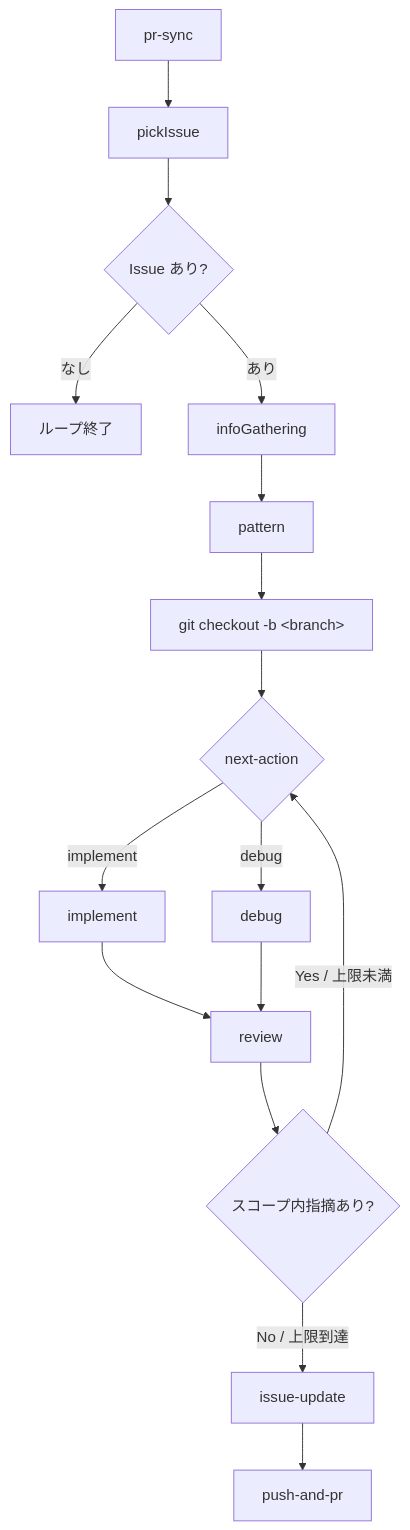
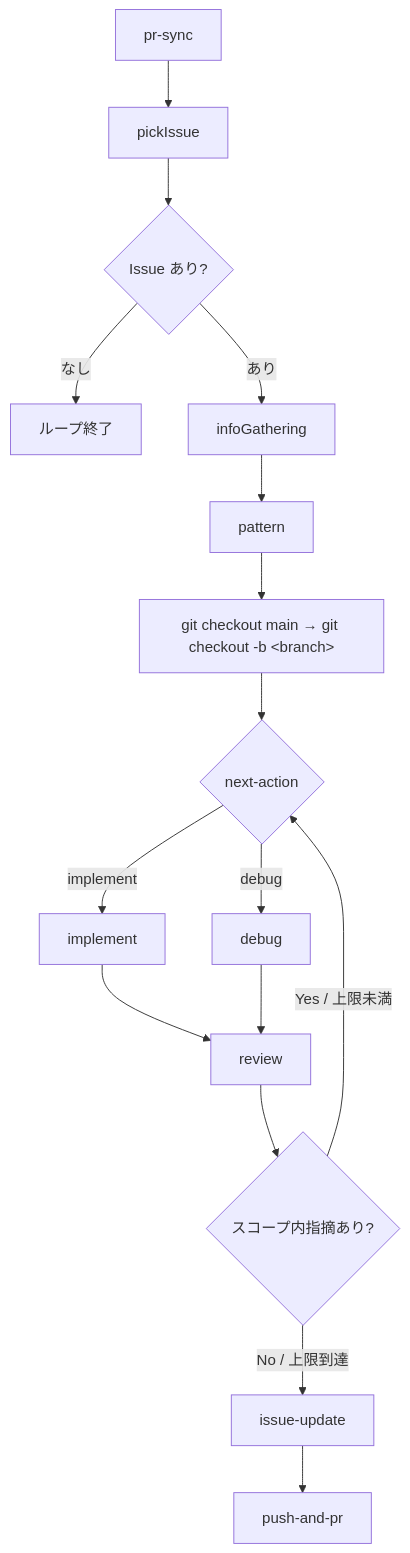
Before and after one commit to cou723/issue_loop: the diagram in spec.md, drawn with Mermaid. The commit also changed other lines of this file and 16 other files, not shown here.

````diff
--- a/spec.md
+++ b/spec.md
@@ -26,18 +27,18 @@
 ```mermaid
 flowchart TD
     A[pr-sync] --> B[pickIssue]
     B --> C{Issue あり?}
     C -- なし --> Z[ループ終了]
     C -- あり --> D[infoGathering]
     D --> E[pattern]
-    E --> F["git checkout -b &lt;branch&gt;"]
+    E --> F["git checkout main → git checkout -b &lt;branch&gt;"]
     F --> G{next-action}
     G -- implement --> H[implement]
     G -- debug --> I[debug]
     H --> J[review]
     I --> J
     J --> K{スコープ内指摘あり?}
     K -- "Yes / 上限未満" --> G
     K -- "No / 上限到達" --> L[issue-update]
     L --> M[push-and-pr]
 ```
````
